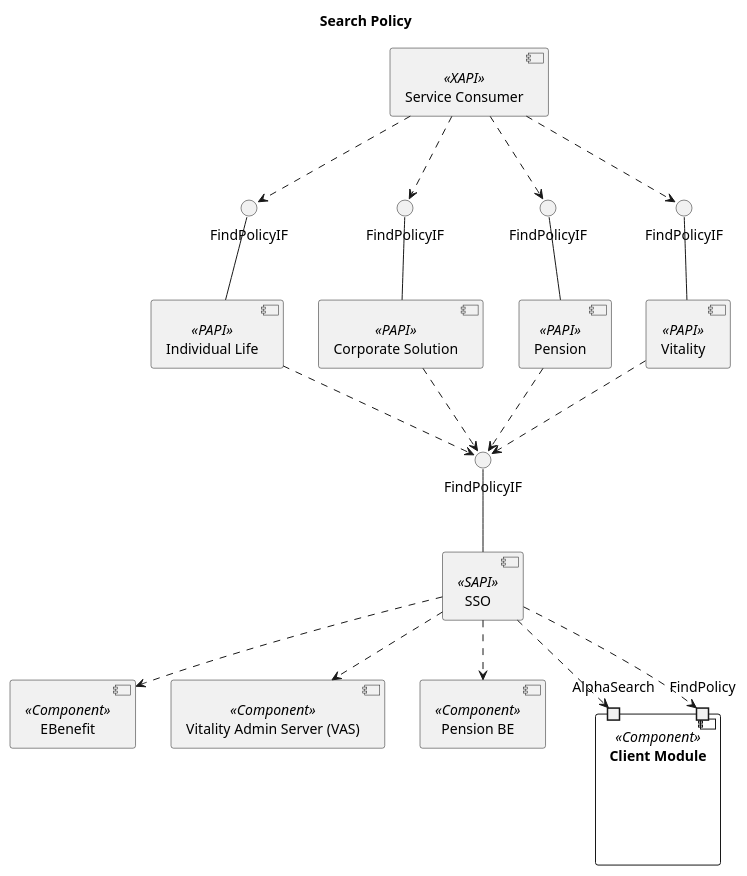
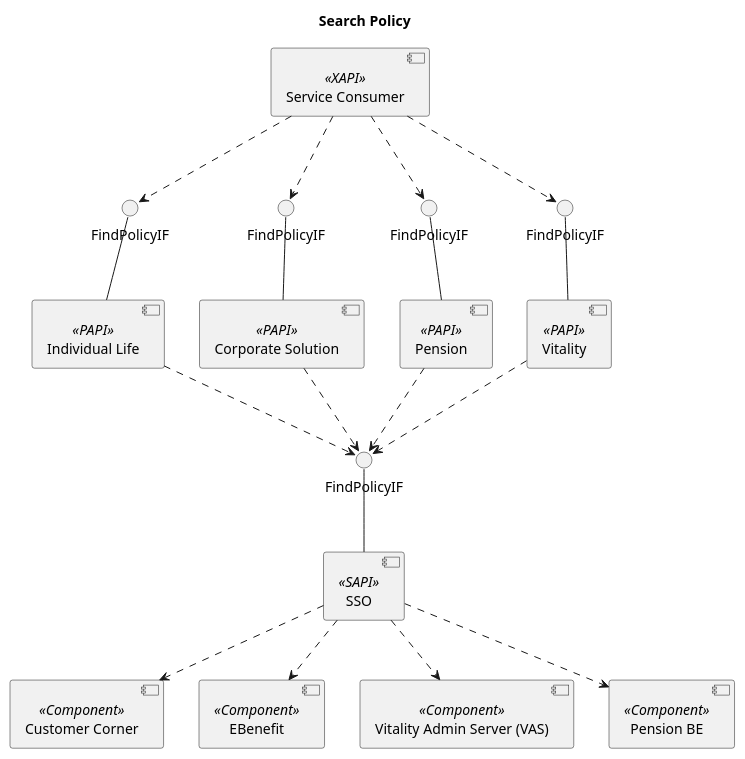
One commit to dennisholee/ArchitectureDojo changed the diagram in DDD/src/main/plantuml/UserRegistration/find_policy_By_SSO-component.puml. Above: the diagram before and after it, drawn with PlantUML.

Commit message:
Update UML diagrams.

```diff
--- a/DDD/src/main/plantuml/UserRegistration/find_policy_By_SSO-component.puml
+++ b/DDD/src/main/plantuml/UserRegistration/find_policy_By_SSO-component.puml
@@ -1,53 +1,47 @@
 @startuml
 
 Title Search Policy
 
 component [Service Consumer] as SC << XAPI >>
 component [Individual Life] as IL << PAPI >>
 component [Corporate Solution] as CS << PAPI >>
 component [Pension] as PT << PAPI >>
 component [Vitality] as VT << PAPI >>
 
 component [SSO] as SSO << SAPI >>
 
-component [Client Module] as CM << Component >>
+component [Customer Corner] as CC << Component >>
 component [EBenefit] as EB << Component >>
 component [Vitality Admin Server (VAS)] as VAS << Component >>
 component [Pension BE] as PTBE << Component >>
-
-component CM {
-  port AlphaSearch
-  port FindPolicy
-}
 
 interface FindPolicyIF as PII1
 interface FindPolicyIF as PII2
 interface FindPolicyIF as PII3
 interface FindPolicyIF as PII4
 
 interface FindPolicyIF as PII5
 
 SC .d.> PII1
 SC .d.> PII2
 SC .d.> PII3
 SC .d.> PII4
 
 PII1 -d- IL
 PII2 -d- CS
 PII3 -d- PT
 PII4 -d- VT
 
 IL .d.> PII5
 CS .d.> PII5
 PT .d.> PII5
 VT .d.> PII5
 
 PII5 -d- SSO
 
-SSO .d.> AlphaSearch
-SSO .d.> FindPolicy
+SSO .d.> CC
 SSO .d.> EB
 SSO .d.> VAS
 SSO .d.> PTBE
 
 @enduml
```
